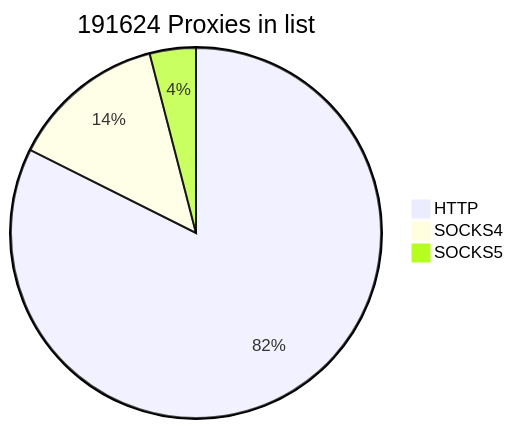
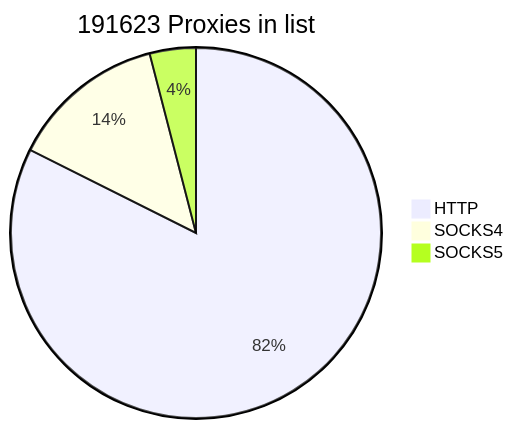
One commit to cutipu/proxylist changed the first of 2 diagrams in README.md. Above: the diagram before and after it, drawn with Mermaid. The commit also changed other lines of this file, not shown here.

````diff
--- a/README.md
+++ b/README.md
@@ -2,7 +2,7 @@
 ```mermaid
-pie title 191624 Proxies in list
+pie title 191623 Proxies in list
     "HTTP" : 157875
-    "SOCKS4" : 26038
+    "SOCKS4" : 26037
     "SOCKS5" : 7711
             
 ```
````
